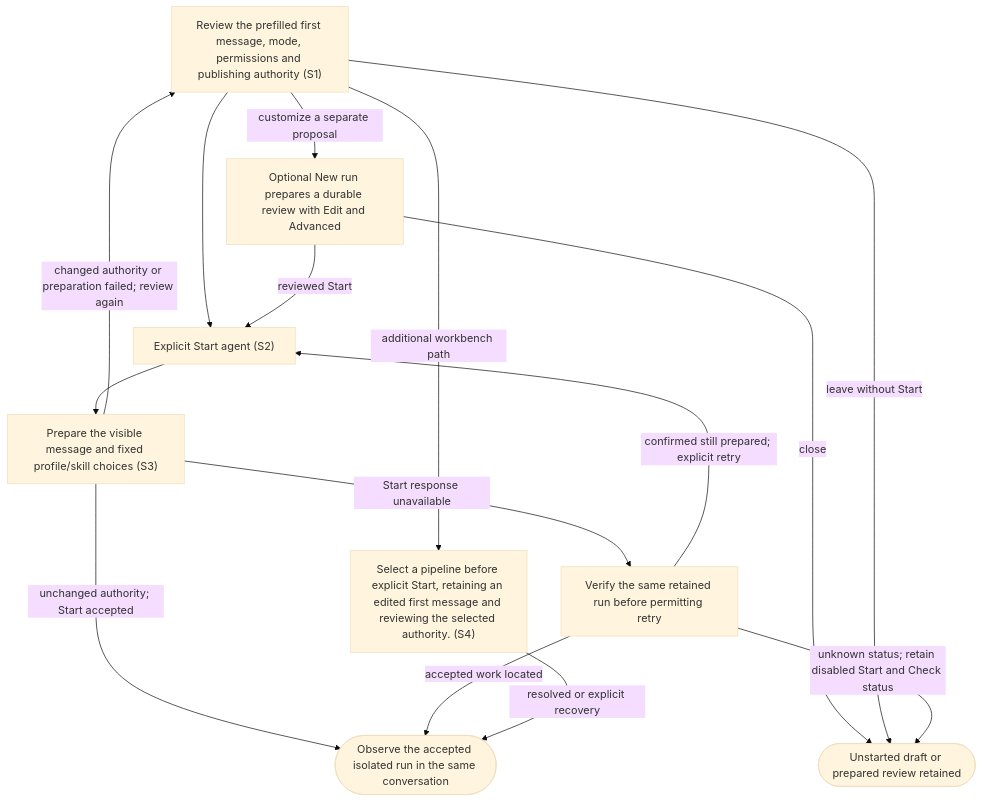
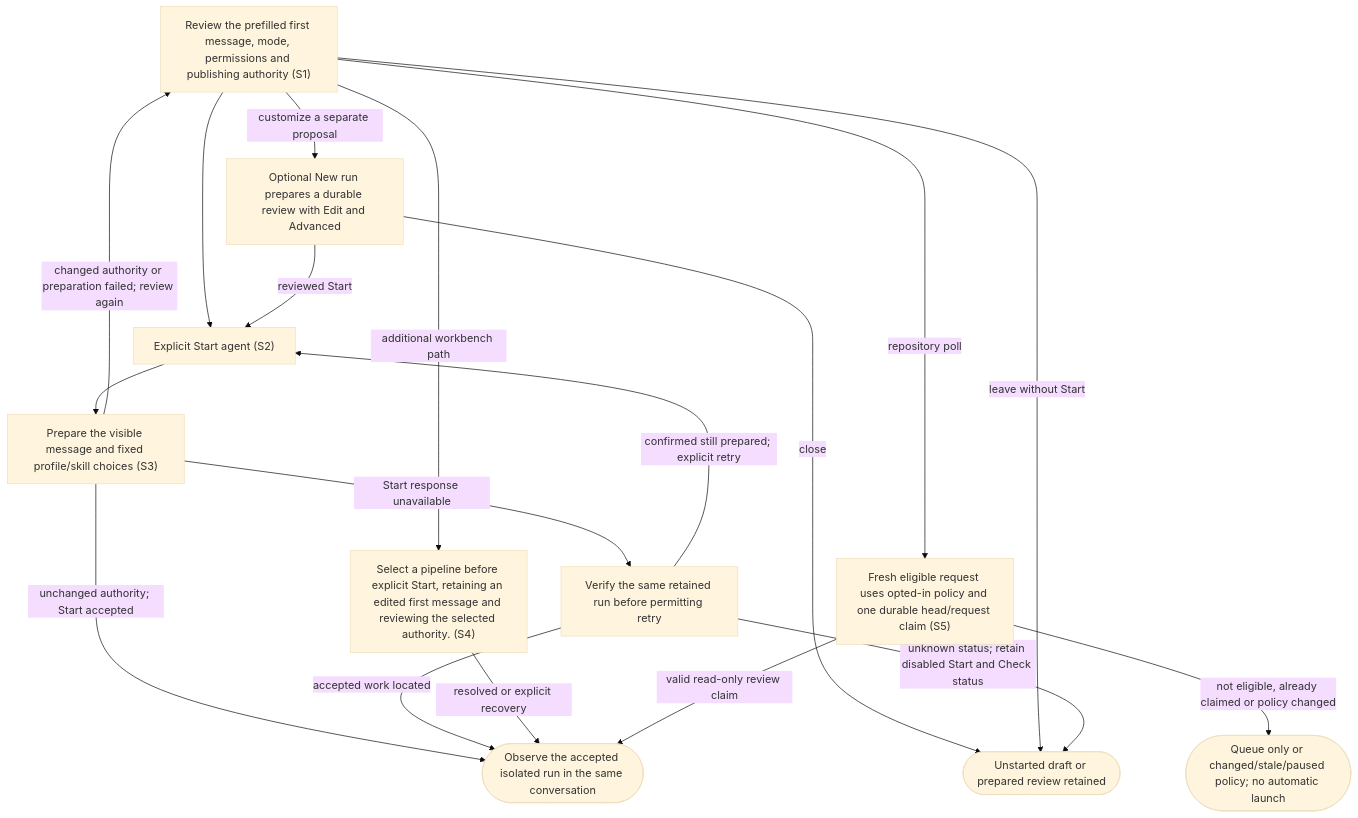
Before and after one commit to dk-code-factory/code-factory-plugin: the diagram in docs/user-flows/launch-agent.md, drawn with Mermaid (base theme). The commit also changed other lines of this file and 71 other files, not shown here.

````diff
--- a/docs/user-flows/launch-agent.md
+++ b/docs/user-flows/launch-agent.md
@@ -38,25 +42,30 @@
 ```mermaid
 flowchart TD
     N0["Review the prefilled first message, mode, permissions and publishing authority #40;S1#41;"]
     N1["Explicit Start agent #40;S2#41;"]
     N2["Prepare the visible message and fixed profile/skill choices #40;S3#41;"]
     N3(["Observe the accepted isolated run in the same conversation"])
     N4["Verify the same retained run before permitting retry"]
     N5["Optional New run prepares a durable review with Edit and Advanced"]
     N6(["Unstarted draft or prepared review retained"])
     N7["Select a pipeline before explicit Start, retaining an edited first message and reviewing the selected authority. #40;S4#41;"]
+    N8["Fresh eligible request uses opted-in policy and one durable head/request claim #40;S5#41;"]
+    N9(["Queue only or changed/stale/paused policy#59; no automatic launch"])
     N0 --> N1
     N0 -->|"customize a separate proposal"| N5
     N5 -->|"reviewed Start"| N1
     N5 -->|"close"| N6
     N0 -->|"leave without Start"| N6
     N1 --> N2
     N2 -->|"unchanged authority#59; Start accepted"| N3
     N2 -->|"changed authority or preparation failed#59; review again"| N0
     N2 -->|"Start response unavailable"| N4
     N4 -->|"accepted work located"| N3
     N4 -->|"confirmed still prepared#59; explicit retry"| N1
     N4 -->|"unknown status#59; retain disabled Start and Check status"| N6
     N0 -->|"additional workbench path"| N7
     N7 -->|"resolved or explicit recovery"| N3
+    N0 -->|"repository poll"| N8
+    N8 -->|"valid read-only review claim"| N3
+    N8 -->|"not eligible, already claimed or policy changed"| N9
 ```
````
